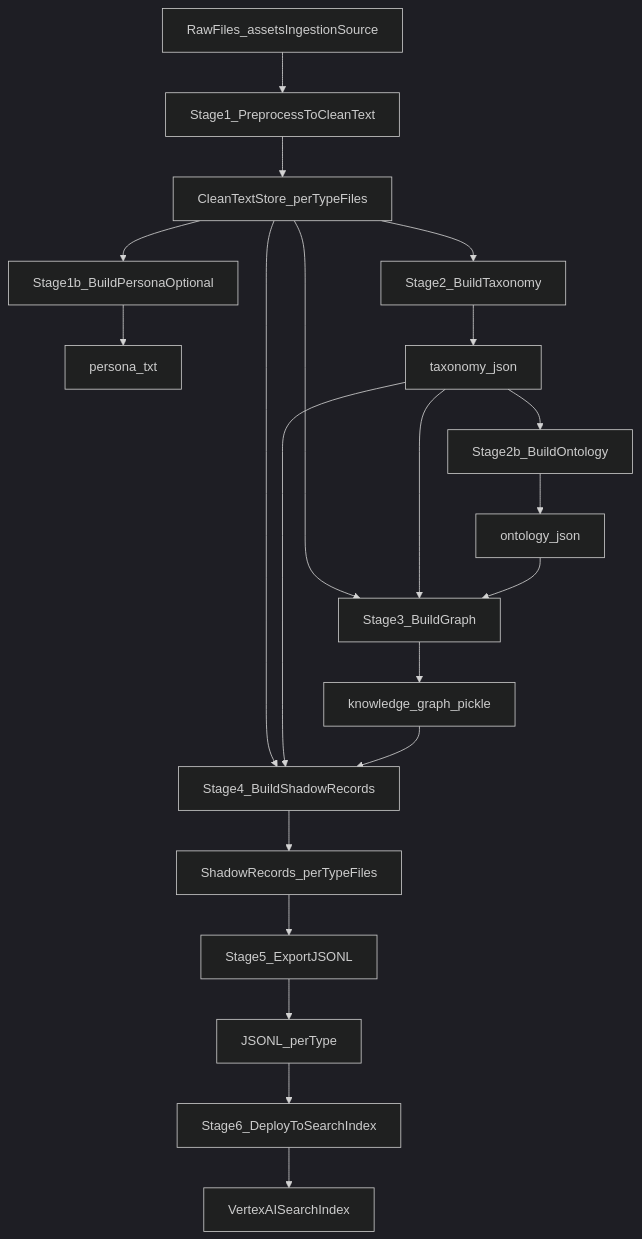
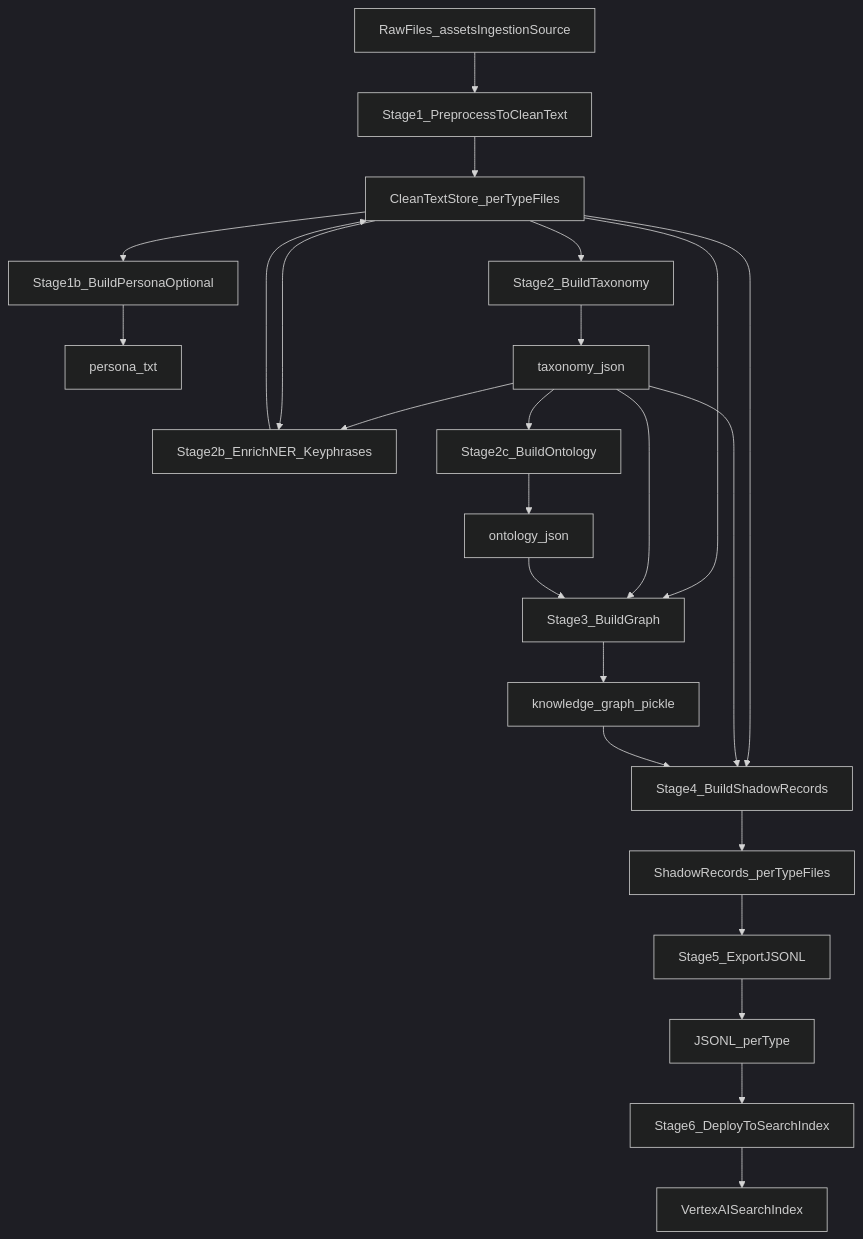
One commit to ContextUnity/contextrouter changed the diagram in src/contextrouter/modules/ingestion/rag/README.md. Above: the diagram before and after it, drawn with Mermaid (dark theme). The commit also changed other lines of this file and 100 other files, not shown here.

First line of the commit message:
chore: integrate Postgres support for knowledge graph storage and enhance ingestion pipeline

````diff
--- a/src/contextrouter/modules/ingestion/rag/README.md
+++ b/src/contextrouter/modules/ingestion/rag/README.md
@@ -5,30 +5,34 @@
 ```mermaid
 flowchart TD
   RawFiles[RawFiles_assetsIngestionSource] --> Preprocess[Stage1_PreprocessToCleanText]
   Preprocess --> CleanTextStore[CleanTextStore_perTypeFiles]
 
   CleanTextStore --> PersonaStage[Stage1b_BuildPersonaOptional]
   PersonaStage --> PersonaFile[persona_txt]
 
   CleanTextStore --> TaxonomyStage[Stage2_BuildTaxonomy]
   TaxonomyStage --> TaxonomyFile[taxonomy_json]
 
-  TaxonomyFile --> OntologyStage[Stage2b_BuildOntology]
+  TaxonomyFile --> EnrichStage[Stage2b_EnrichNER_Keyphrases]
+  CleanTextStore --> EnrichStage
+  EnrichStage --> CleanTextStore
+
+  TaxonomyFile --> OntologyStage[Stage2c_BuildOntology]
   OntologyStage --> OntologyFile[ontology_json]
 
   CleanTextStore --> GraphStage[Stage3_BuildGraph]
   TaxonomyFile --> GraphStage
   OntologyFile --> GraphStage
   GraphStage --> GraphFile[knowledge_graph_pickle]
 
   CleanTextStore --> ShadowStage[Stage4_BuildShadowRecords]
   TaxonomyFile --> ShadowStage
   GraphFile --> ShadowStage
   ShadowStage --> ShadowStore[ShadowRecords_perTypeFiles]
 
   ShadowStore --> ExportStage[Stage5_ExportJSONL]
   ExportStage --> JsonlStore[JSONL_perType]
 
   JsonlStore --> DeployStage[Stage6_DeployToSearchIndex]
   DeployStage --> VertexIndex[VertexAISearchIndex]
 ```
````
